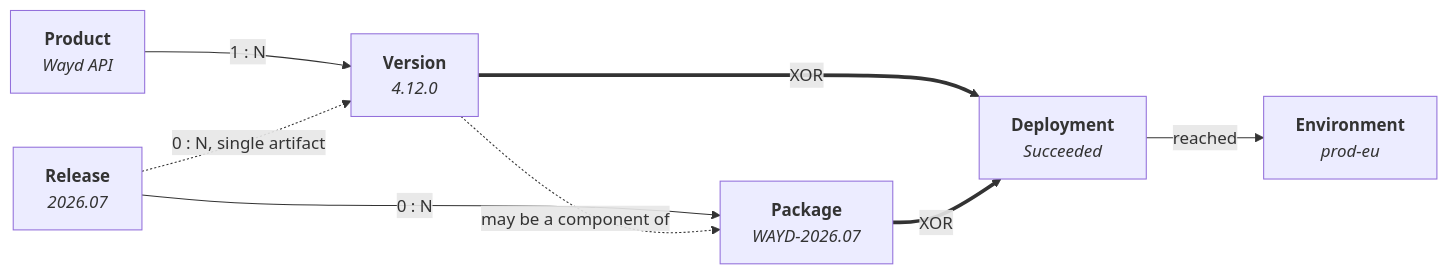
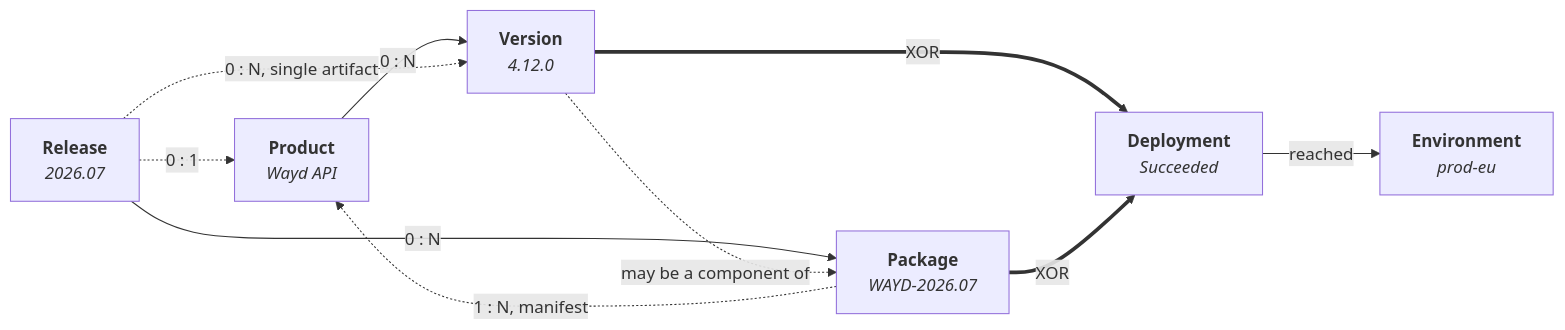
The diagram in docs/user-guide/product-management/delivery.mdx (destacey/Wayd), drawn with Mermaid before and after one commit. The commit also changed other lines of this file and 2 other files, not shown here.

Commit message:
docs: update delivery and product management documentation for clarity and accuracy

````diff
--- a/docs/user-guide/product-management/delivery.mdx
+++ b/docs/user-guide/product-management/delivery.mdx
@@ -25,17 +25,19 @@
 ```mermaid
 graph LR
     Product["<b>Product</b><br/><i>Wayd API</i>"]
     Release["<b>Release</b><br/><i>2026.07</i>"]
     Version["<b>Version</b><br/><i>4.12.0</i>"]
     Package["<b>Package</b><br/><i>WAYD-2026.07</i>"]
     Deployment["<b>Deployment</b><br/><i>Succeeded</i>"]
     Environment["<b>Environment</b><br/><i>prod-eu</i>"]
 
-    Product -->|"1 : N"| Version
+    Product -->|"0 : N"| Version
+    Release -.->|"0 : 1"| Product
     Release -->|"0 : N"| Package
     Release -.->|"0 : N, single artifact"| Version
     Version -.->|"may be a component of"| Package
+    Package -.->|"1 : N, manifest"| Product
     Version ==>|"XOR"| Deployment
     Package ==>|"XOR"| Deployment
     Deployment -->|"reached"| Environment
 ```
````
